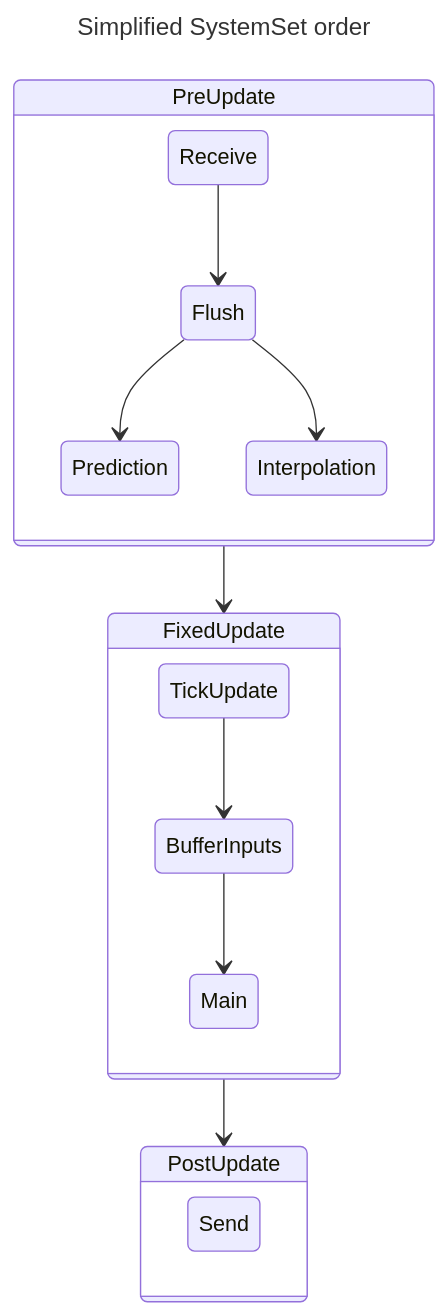
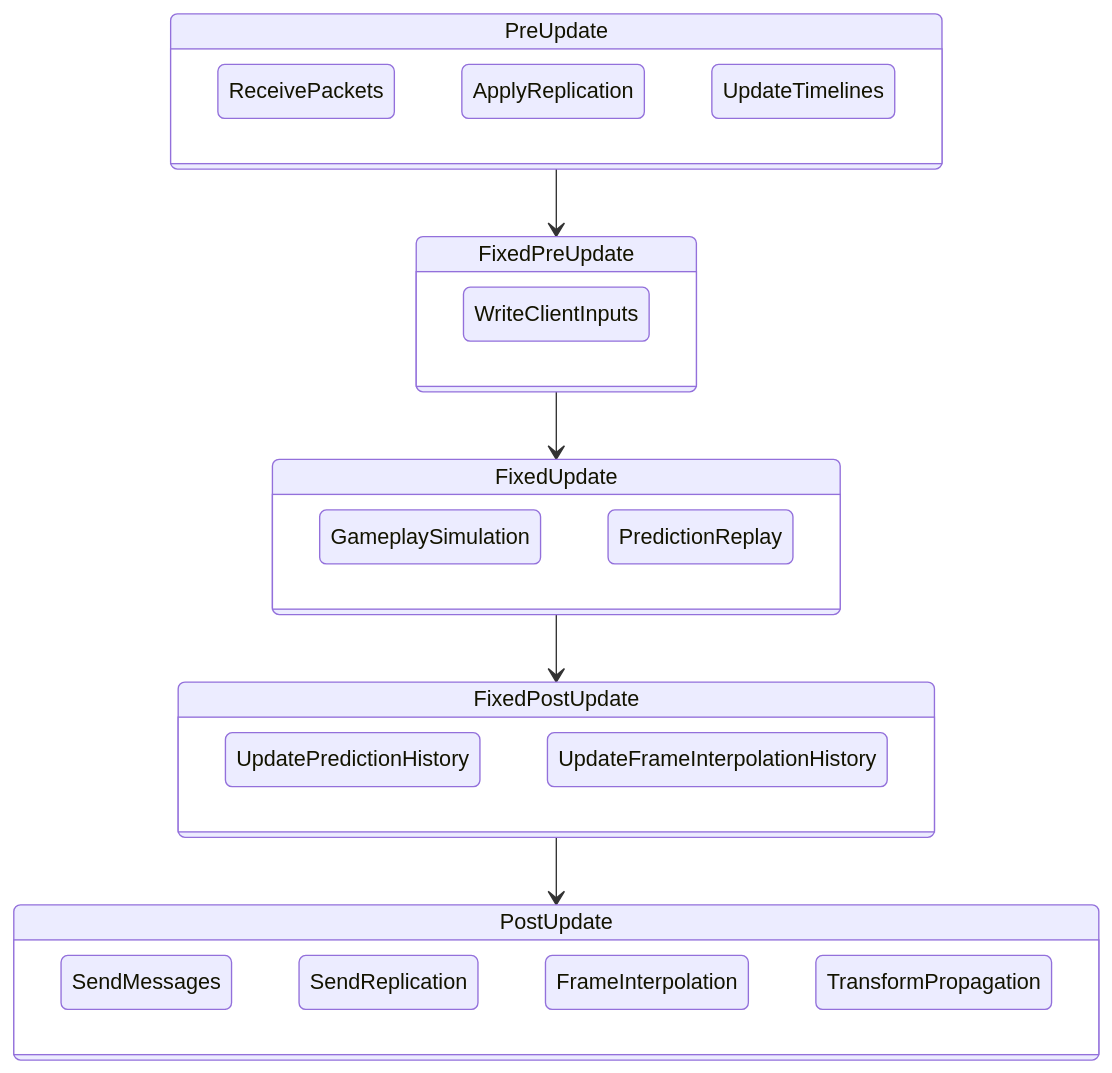
One commit to cBournhonesque/lightyear changed the diagram in book/src/concepts/bevy_integration/system_order.md. Above: the diagram before and after it, drawn with Mermaid. The commit also changed other lines of this file and 36 other files, not shown here.

````diff
--- a/book/src/concepts/bevy_integration/system_order.md
+++ b/book/src/concepts/bevy_integration/system_order.md
@@ -14,26 +15,34 @@
 ```mermaid
----
-title: Simplified SystemSet order
----
 stateDiagram-v2
+    PreUpdate --> FixedPreUpdate
+    FixedPreUpdate --> FixedUpdate
+    FixedUpdate --> FixedPostUpdate
+    FixedPostUpdate --> PostUpdate
 
-   classDef flush font-style:italic;
-   
-   ReceiveFlush: Flush
+    state PreUpdate {
+        ReceivePackets
+        ApplyReplication
+        UpdateTimelines
+    }
 
-   
-   PreUpdate --> FixedUpdate
-   FixedUpdate --> PostUpdate 
-   state PreUpdate {
-      Receive --> ReceiveFlush
-      ReceiveFlush --> Prediction
-      ReceiveFlush --> Interpolation
-   }
-   state FixedUpdate {
-      TickUpdate --> BufferInputs
-      BufferInputs --> Main
-   }
-   state PostUpdate {
-       Send
-   }
+    state FixedPreUpdate {
+        WriteClientInputs
+    }
+
+    state FixedUpdate {
+        GameplaySimulation
+        PredictionReplay
+    }
+
+    state FixedPostUpdate {
+        UpdatePredictionHistory
+        UpdateFrameInterpolationHistory
+    }
+
+    state PostUpdate {
+        SendMessages
+        SendReplication
+        FrameInterpolation
+        TransformPropagation
+    }
 ```
````
